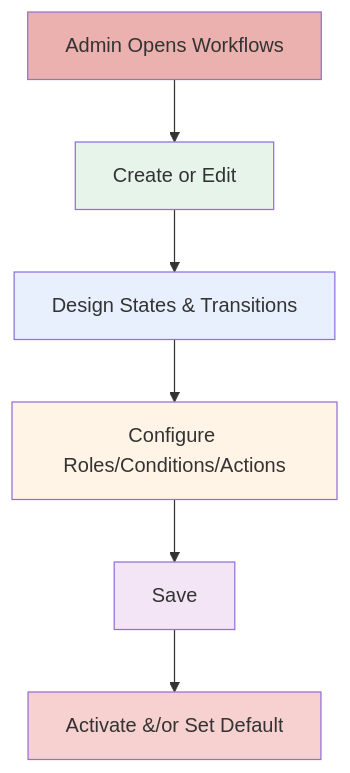
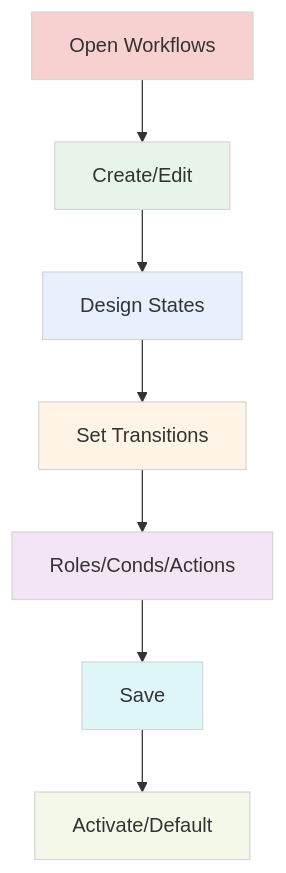
The fifth of 7 diagrams in NTG-Ticket-User Guide.md (salmanb74-dev/ntg-ticket), drawn with Mermaid before and after one commit. The commit also changed other lines of this file, not shown here.

````diff
--- a/NTG-Ticket-User Guide.md
+++ b/NTG-Ticket-User Guide.md
@@ -243,14 +243,16 @@
 ```mermaid
 flowchart TD
-    A[Admin Opens Workflows] --> B[Create or Edit]
-    B --> C[Design States & Transitions]
-    C --> D[Configure Roles/Conditions/Actions]
-    D --> E[Save]
-    E --> F[Activate &/or Set Default]
-    style A fill:#EAB1AE
-    style B fill:#E6F4EA
-    style C fill:#E8F0FE
-    style D fill:#FFF4E5
-    style E fill:#F3E5F5
-    style F fill:#F6D1CF
+    A[Open Workflows] --> B[Create/Edit]
+    B --> C[Design States]
+    C --> D[Set Transitions]
+    D --> E[Roles/Conds/Actions]
+    E --> F[Save]
+    F --> G[Activate/Default]
+    style A fill:#F6D1CF,stroke:#D6D6D6,stroke-width:1px
+    style B fill:#E6F4EA,stroke:#D6D6D6,stroke-width:1px
+    style C fill:#E8F0FE,stroke:#D6D6D6,stroke-width:1px
+    style D fill:#FFF4E5,stroke:#D6D6D6,stroke-width:1px
+    style E fill:#F3E5F5,stroke:#D6D6D6,stroke-width:1px
+    style F fill:#E0F7FA,stroke:#D6D6D6,stroke-width:1px
+    style G fill:#F4F8E8,stroke:#D6D6D6,stroke-width:1px
 ```
````
